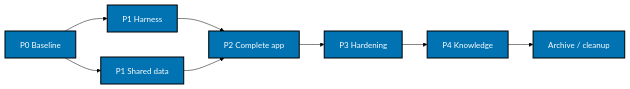
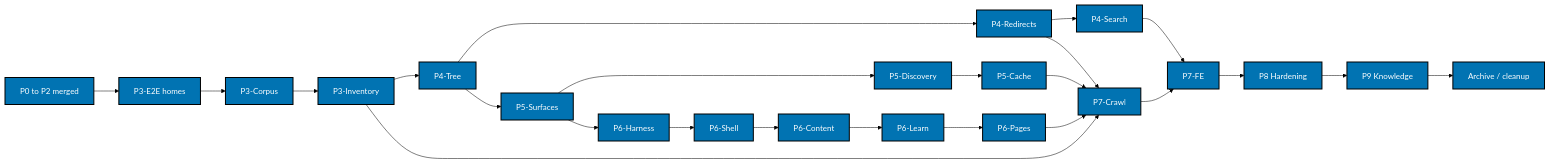
Before and after one commit to wahidyankf/ose-public: the diagram in plans/in-progress/ayokoding-app-web/delivery.md, drawn with Mermaid (forest theme). The commit also changed other lines of this file and 35 other files, not shown here.

First line of the commit message:
docs(plans): amend ayokoding-app-web for full parity and two e2e homes (#790)

````diff
--- a/plans/in-progress/ayokoding-app-web/delivery.md
+++ b/plans/in-progress/ayokoding-app-web/delivery.md
@@ -54,13 +87,29 @@
 ```mermaid
 flowchart LR
-  accTitle: Rewrite delivery DAG
-  accDescr: Baseline permits independent harness and data work; the complete app joins them, then hardening, knowledge capture, and cleanup finish the plan.
-  P0["P0 Baseline"] --> E["P1 Harness"]
-  P0 --> D["P1 Shared data"]
-  E --> A["P2 Complete app"]
-  D --> A
-  A --> H["P3 Hardening"]
-  H --> K["P4 Knowledge"]
+  accTitle: Rewrite and parity delivery DAG
+  accDescr: Merged baseline, harness, and shared data lead to the e2e homes, then one serialized chain of corpus, inventory, tree, redirects, search, surfaces, discovery, cache, harness, shell, content, learn, and pages units; the crawl and the browser suite follow, then hardening, knowledge capture, and archival.
+  P2["P0 to P2 merged"] --> E2E["P3-E2E homes"]
+  E2E --> COR["P3-Corpus"]
+  COR --> INV["P3-Inventory"]
+  INV --> TREE["P4-Tree"]
+  TREE --> RED["P4-Redirects"]
+  RED --> SRC["P4-Search"]
+  TREE --> SUR["P5-Surfaces"]
+  SUR --> DIS["P5-Discovery"]
+  DIS --> CAC["P5-Cache"]
+  SUR --> HAR["P6-Harness"]
+  HAR --> SHL["P6-Shell"]
+  SHL --> CON["P6-Content"]
+  CON --> LRN["P6-Learn"]
+  LRN --> PGS["P6-Pages"]
+  RED --> CRA["P7-Crawl"]
+  INV --> CRA
+  CAC --> CRA
+  PGS --> CRA
+  SRC --> FE["P7-FE"]
+  CRA --> FE
+  FE --> H["P8 Hardening"]
+  H --> K["P9 Knowledge"]
   K --> X["Archive / cleanup"]
   classDef default fill:#0173B2,stroke:#000000,color:#FFFFFF,stroke-width:2px
 ```
````
